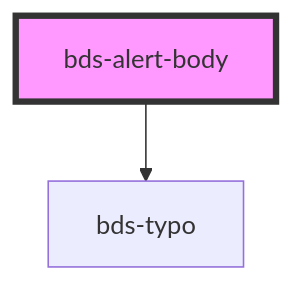
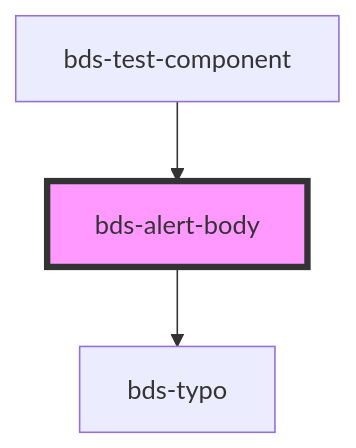
Before and after one commit to takenet/blip-ds: the diagram in src/components/alert/alert-body/readme.md, drawn with Mermaid. The commit also changed other lines of this file and 73 other files, not shown here.

````diff
--- a/src/components/alert/alert-body/readme.md
+++ b/src/components/alert/alert-body/readme.md
@@ -15,5 +19,6 @@
 ```mermaid
 graph TD;
   bds-alert-body --> bds-typo
+  bds-test-component --> bds-alert-body
   style bds-alert-body fill:#f9f,stroke:#333,stroke-width:4px
 ```
````
